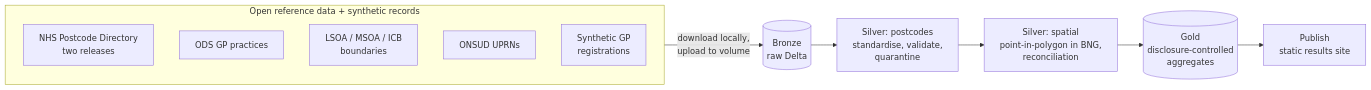
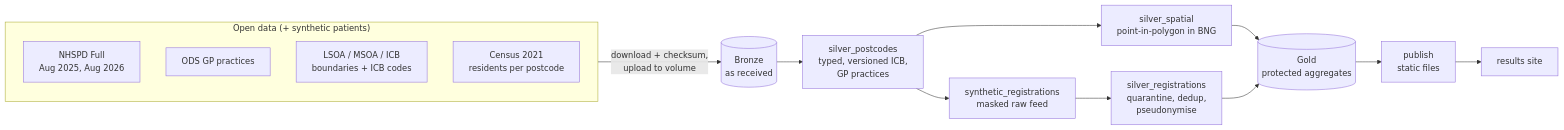
Before and after one commit to petersolan/GB-Demographic-Geospatial-Databricks: the diagram in README.md, drawn with Mermaid. The commit also changed other lines of this file and 1 other file, not shown here.

Commit message:
README: results, findings, privacy controls, limitations, run instructions; site screenshot

````diff
--- a/README.md
+++ b/README.md
@@ -30,15 +33,18 @@
 ```mermaid
 flowchart LR
-    subgraph Sources["Open reference data + synthetic records"]
-        NHSPD[NHS Postcode Directory<br/>two releases]
+    subgraph Sources["Open data (+ synthetic patients)"]
+        NHSPD[NHSPD Full<br/>Aug 2025, Aug 2026]
         ODS[ODS GP practices]
-        BND[LSOA / MSOA / ICB<br/>boundaries]
-        ONSUD[ONSUD UPRNs]
-        SYN[Synthetic GP<br/>registrations]
+        BND[LSOA / MSOA / ICB<br/>boundaries + ICB codes]
+        CEN[Census 2021<br/>residents per postcode]
     end
-    Sources -->|download locally,<br/>upload to volume| B[(Bronze<br/>raw Delta)]
-    B --> S1[Silver: postcodes<br/>standardise, validate,<br/>quarantine]
-    S1 --> S2[Silver: spatial<br/>point-in-polygon in BNG,<br/>reconciliation]
-    S2 --> G[(Gold<br/>disclosure-controlled<br/>aggregates)]
-    G --> P[Publish<br/>static results site]
+    Sources -->|download + checksum,<br/>upload to volume| B[(Bronze<br/>as received)]
+    B --> SP[silver_postcodes<br/>typed, versioned ICB,<br/>GP practices]
+    SP --> SS[silver_spatial<br/>point-in-polygon in BNG]
+    SP --> SY[synthetic_registrations<br/>masked raw feed]
+    SY --> SR[silver_registrations<br/>quarantine, dedup,<br/>pseudonymise]
+    SS --> G[(Gold<br/>protected aggregates)]
+    SR --> G
+    G --> P[publish<br/>static files]
+    P --> SITE[results site]
 ```
````
